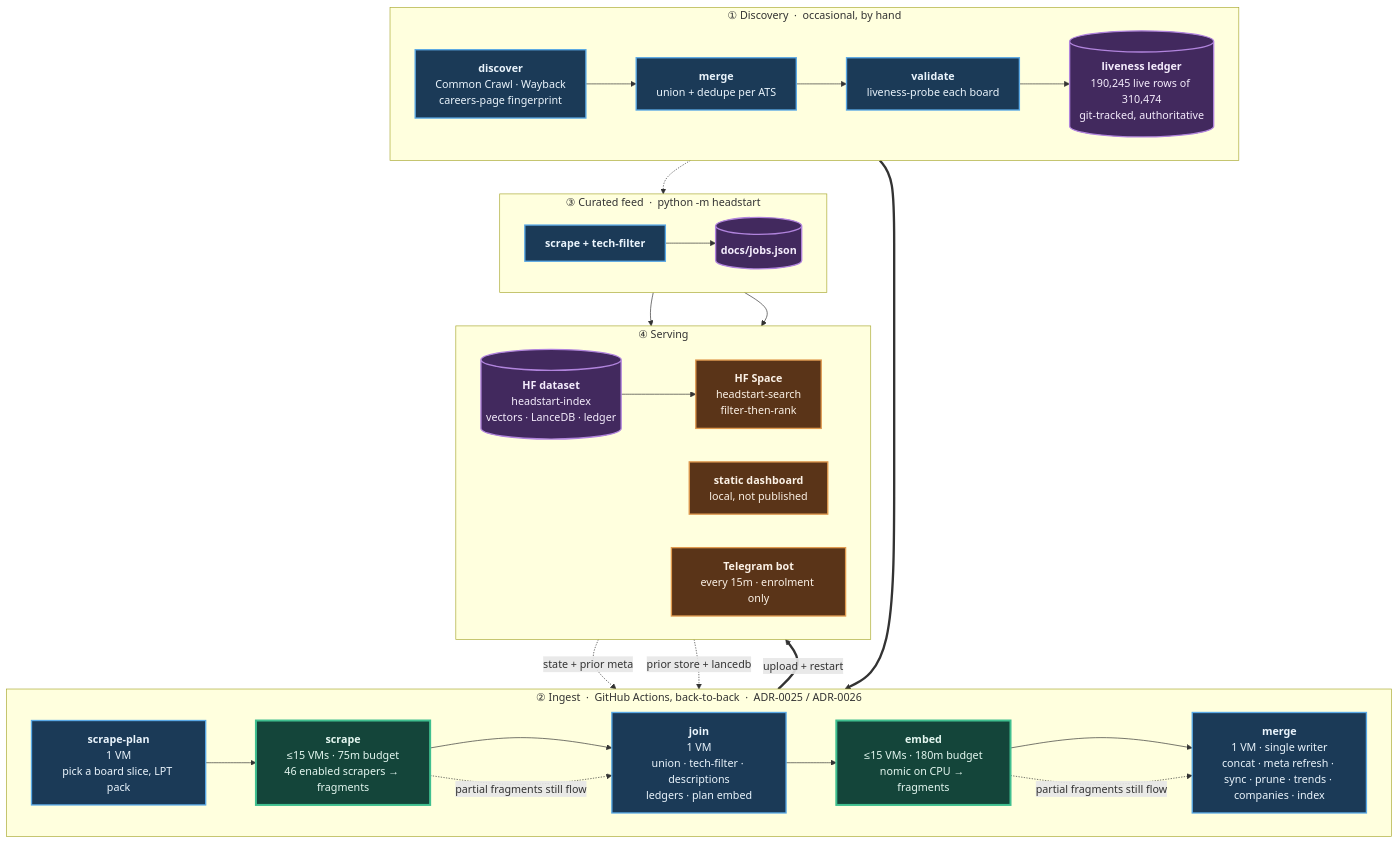
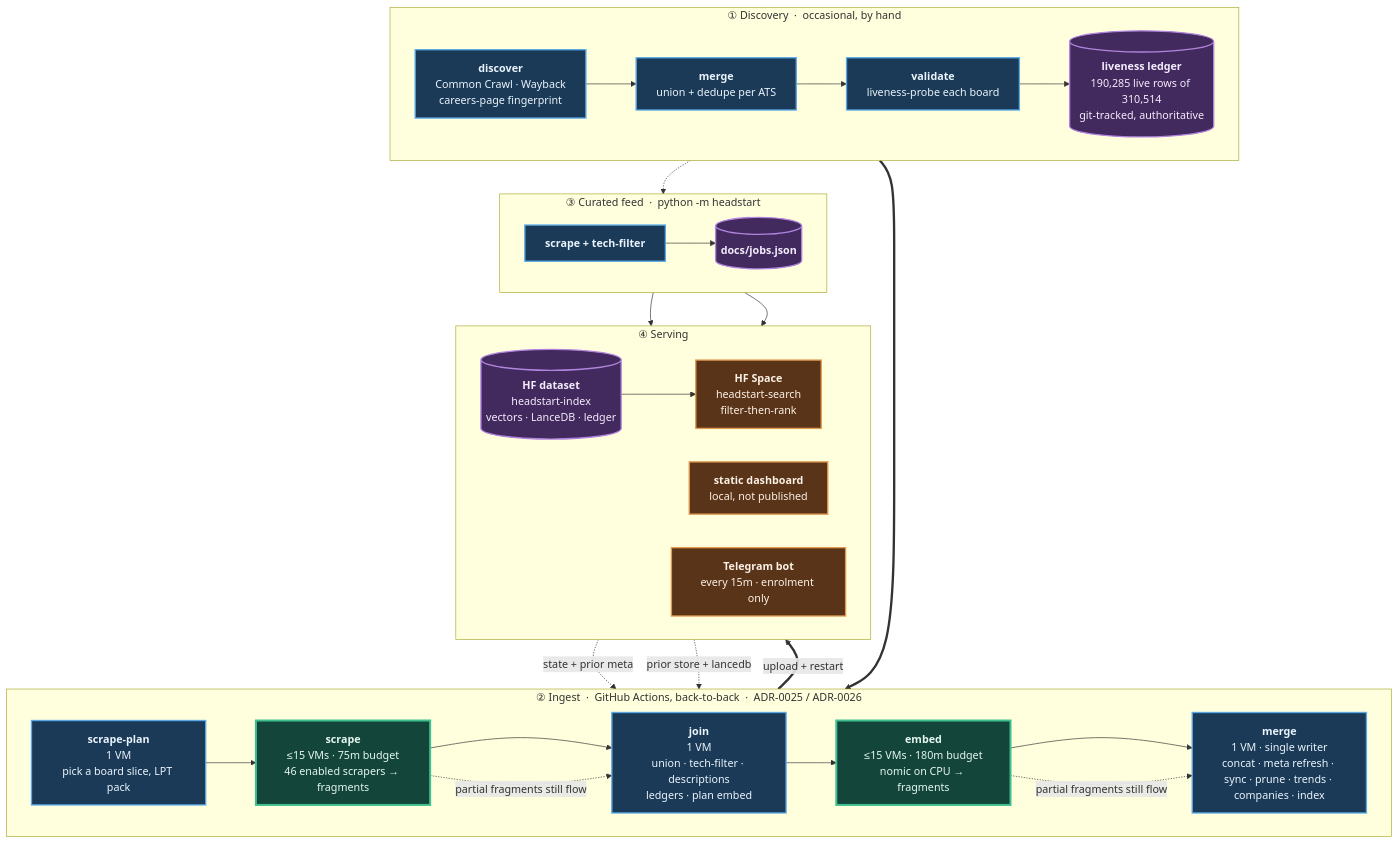
Before and after one commit to sarthakjain004/headstart: the diagram in README.md, drawn with Mermaid. The commit also changed other lines of this file and 2 other files, not shown here.

````diff
--- a/README.md
+++ b/README.md
@@ -180,56 +180,56 @@
 ```mermaid
 flowchart TB
     subgraph D["① Discovery &nbsp;·&nbsp; occasional, by hand"]
         direction LR
         D1["<b>discover</b><br/>Common Crawl · Wayback<br/>careers-page fingerprint"]
         D2["<b>merge</b><br/>union + dedupe per ATS"]
         D3["<b>validate</b><br/>liveness-probe each board"]
-        D4[("<b>liveness ledger</b><br/>190,245 live rows of 310,474<br/>git-tracked, authoritative")]
+        D4[("<b>liveness ledger</b><br/>190,285 live rows of 310,514<br/>git-tracked, authoritative")]
         D1 --> D2 --> D3 --> D4
     end
 
     subgraph P["② Ingest &nbsp;·&nbsp; GitHub Actions, back-to-back &nbsp;·&nbsp; ADR-0025 / ADR-0026"]
         direction LR
         P1["<b>scrape-plan</b><br/>1 VM<br/>pick a board slice, LPT pack"]
         P2["<b>scrape</b><br/>≤15 VMs · 75m budget<br/>46 enabled scrapers → fragments"]
         P3["<b>join</b><br/>1 VM<br/>union · tech-filter · descriptions<br/>ledgers · plan embed"]
         P4["<b>embed</b><br/>≤15 VMs · 180m budget<br/>nomic on CPU → fragments"]
         P5["<b>merge</b><br/>1 VM · single writer<br/>concat · meta refresh · sync · prune · trends · companies · index"]
         P1 --> P2 --> P3 --> P4 --> P5
     end
 
     subgraph F["③ Curated feed &nbsp;·&nbsp; python -m headstart"]
         direction LR
         F1["<b>scrape + tech-filter</b>"]
         F2[("<b>docs/jobs.json</b>")]
         F1 --> F2
     end
 
     subgraph S["④ Serving"]
         direction LR
         S1[("<b>HF dataset</b><br/>headstart-index<br/>vectors · LanceDB · ledger")]
         S2["<b>HF Space</b><br/>headstart-search<br/>filter-then-rank"]
         S3["<b>static dashboard</b><br/>local, not published"]
         S4["<b>Telegram bot</b><br/>every 15m · enrolment only"]
         S1 --> S2
     end
 
     D4 ==> P1
     S1 -. "state + prior meta" .-> P1
     S1 -. "prior store + lancedb" .-> P5
     D4 -.-> F1
     P5 ==>|"upload + restart"| S1
     F2 --> S3
     F2 --> S4
     P2 -. "partial fragments still flow" .-> P3
     P4 -. "partial fragments still flow" .-> P5
 
     classDef serial fill:#1b3a57,stroke:#5aa9e6,stroke-width:2px,color:#eaf4fc
     classDef fan fill:#14453a,stroke:#3fbf8f,stroke-width:3px,color:#e4f7f0
     classDef store fill:#42295e,stroke:#b184dd,stroke-width:2px,color:#f4ecfc
     classDef serve fill:#5a3418,stroke:#e09a4f,stroke-width:2px,color:#fbf1e6
     class D1,D2,D3,P1,P3,P5,F1 serial
     class P2,P4 fan
     class D4,F2,S1 store
     class S2,S3,S4 serve
 ```
````
